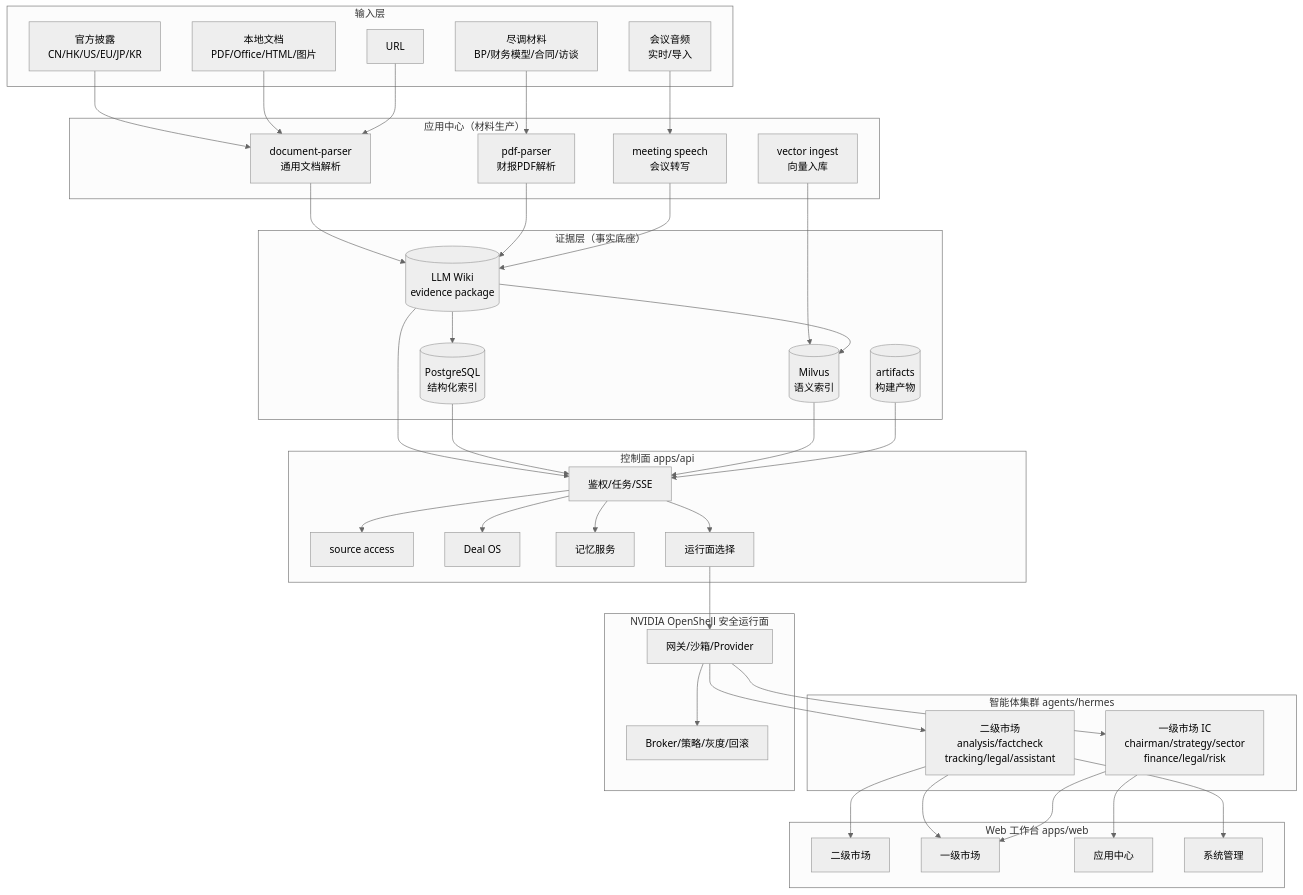
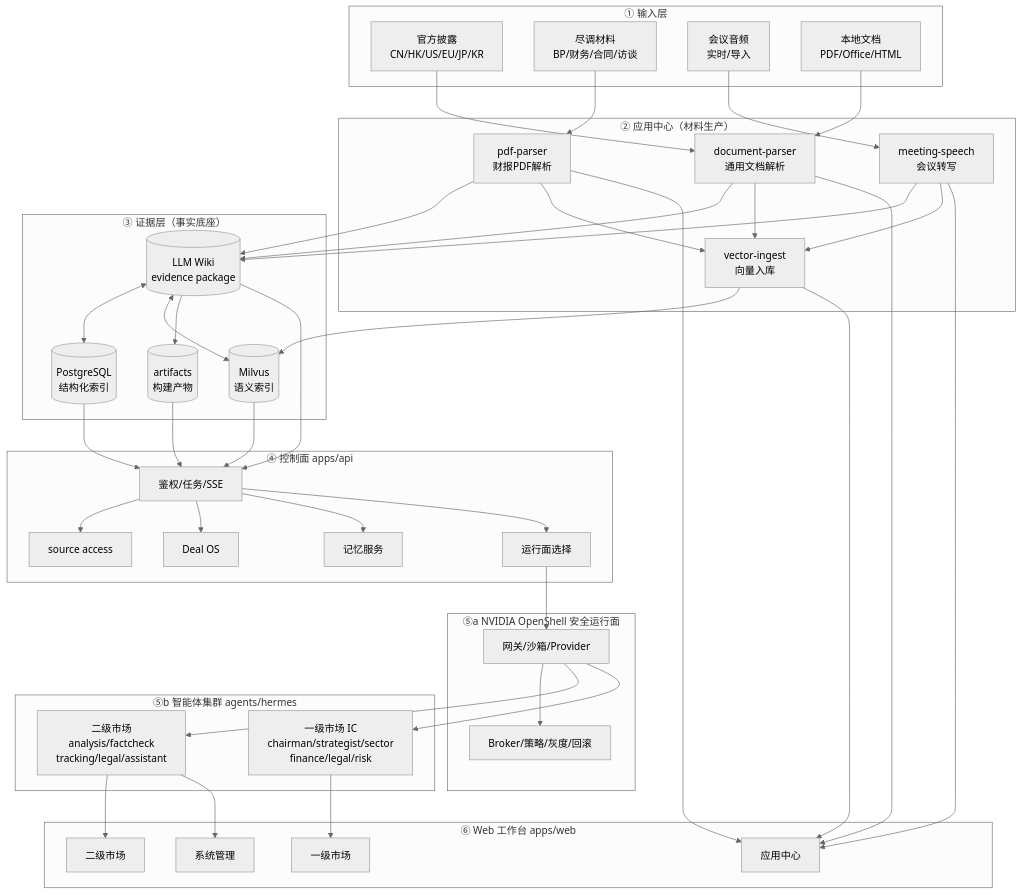
The first of 6 diagrams in docs/site/architecture/overview.md (maoyadongsh/siq-research-engine), drawn with Mermaid (neutral theme) before and after one commit. The commit also changed other lines of this file and 2 other files, not shown here.

First line of the commit message:
docs: clarify market isolation and optimize architecture diagrams

````diff
--- a/docs/site/architecture/overview.md
+++ b/docs/site/architecture/overview.md
@@ -5,79 +7,68 @@
 ```mermaid
 graph TB
-    subgraph Inputs["输入层"]
-        A1[官方披露<br/>CN/HK/US/EU/JP/KR]
-        A2[尽调材料<br/>BP/财务模型/合同/访谈]
-        A3[会议音频<br/>实时/导入]
-        A4[本地文档<br/>PDF/Office/HTML/图片]
-        A5[URL]
+    subgraph L1["① 输入层"]
+        I1[官方披露<br/>CN/HK/US/EU/JP/KR]
+        I2[尽调材料<br/>BP/财务/合同/访谈]
+        I3[会议音频<br/>实时/导入]
+        I4[本地文档<br/>PDF/Office/HTML]
     end
 
-    subgraph AppCenter["应用中心（材料生产）"]
-        B1[document-parser<br/>通用文档解析]
-        B2[pdf-parser<br/>财报PDF解析]
-        B3[meeting speech<br/>会议转写]
-        B4[vector ingest<br/>向量入库]
+    subgraph L2["② 应用中心（材料生产）"]
+        A1[document-parser<br/>通用文档解析]
+        A2[pdf-parser<br/>财报PDF解析]
+        A3[meeting-speech<br/>会议转写]
+        A4[vector-ingest<br/>向量入库]
     end
 
-    subgraph Evidence["证据层（事实底座）"]
-        C1[(LLM Wiki<br/>evidence package)]
-        C2[(PostgreSQL<br/>结构化索引)]
-        C3[(Milvus<br/>语义索引)]
-        C4[(artifacts<br/>构建产物)]
+    subgraph L3["③ 证据层（事实底座）"]
+        E1[(LLM Wiki<br/>evidence package)]
+        E2[(PostgreSQL<br/>结构化索引)]
+        E3[(Milvus<br/>语义索引)]
+        E4[(artifacts<br/>构建产物)]
     end
 
-    subgraph ControlPlane["控制面 apps/api"]
-        D1[鉴权/任务/SSE]
-        D2[source access]
-        D3[Deal OS]
-        D4[记忆服务]
-        D5[运行面选择]
+    subgraph L4["④ 控制面 apps/api"]
+        C1[鉴权/任务/SSE]
+        C2[source access]
+        C3[Deal OS]
+        C4[记忆服务]
+        C5[运行面选择]
     end
 
-    subgraph Agents["智能体集群 agents/hermes"]
-        E1[二级市场<br/>analysis/factcheck<br/>tracking/legal/assistant]
-        E2[一级市场 IC<br/>chairman/strategy/sector<br/>finance/legal/risk]
+    subgraph L5A["⑤a NVIDIA OpenShell 安全运行面"]
+        S1[网关/沙箱/Provider]
+        S2[Broker/策略/灰度/回滚]
     end
 
-    subgraph OpenShell["NVIDIA OpenShell 安全运行面"]
-        F1[网关/沙箱/Provider]
-        F2[Broker/策略/灰度/回滚]
+    subgraph L5B["⑤b 智能体集群 agents/hermes"]
+        B1[二级市场<br/>analysis/factcheck<br/>tracking/legal/assistant]
+        B2[一级市场 IC<br/>chairman/strategist/sector<br/>finance/legal/risk]
     end
 
-    subgraph Web["Web 工作台 apps/web"]
-        G1[二级市场]
-        G2[一级市场]
-        G3[应用中心]
-        G4[系统管理]
+    subgraph L6["⑥ Web 工作台 apps/web"]
+        W1[二级市场]
+        W2[一级市场]
+        W3[应用中心]
+        W4[系统管理]
     end
 
-    A1 --> B1
-    A2 --> B2
-    A3 --> B3
-    A4 --> B1
-    A5 --> B1
-    B1 --> C1
-    B2 --> C1
-    B3 --> C1
-    B4 --> C3
-    C1 --> C2
-    C1 --> C3
-    C1 --> D1
-    C2 --> D1
-    C3 --> D1
-    C4 --> D1
-    D1 --> D2
-    D1 --> D3
-    D1 --> D4
-    D1 --> D5
-    D5 --> F1
-    F1 --> F2
-    F1 --> E1
-    F1 --> E2
-    E1 --> G1
-    E1 --> G2
-    E2 --> G2
-    E2 --> G3
-    E1 --> G4
-
+    I1 & I4 --> A1
+    I2 --> A2
+    I3 --> A3
+    A1 & A2 & A3 --> E1
+    A1 & A2 & A3 --> A4
+    A4 --> E3
+    E1 <--> E2
+    E1 <--> E3
+    E1 --> E4
+    E1 & E2 & E3 & E4 --> C1
+    C1 --> C2 & C3 & C4 & C5
+    C5 --> S1
+    S1 --> S2
+    S1 --> B1
+    S1 --> B2
+    B1 --> W1
+    B1 --> W4
+    B2 --> W2
+    A1 & A2 & A3 & A4 --> W3
 ```
````
